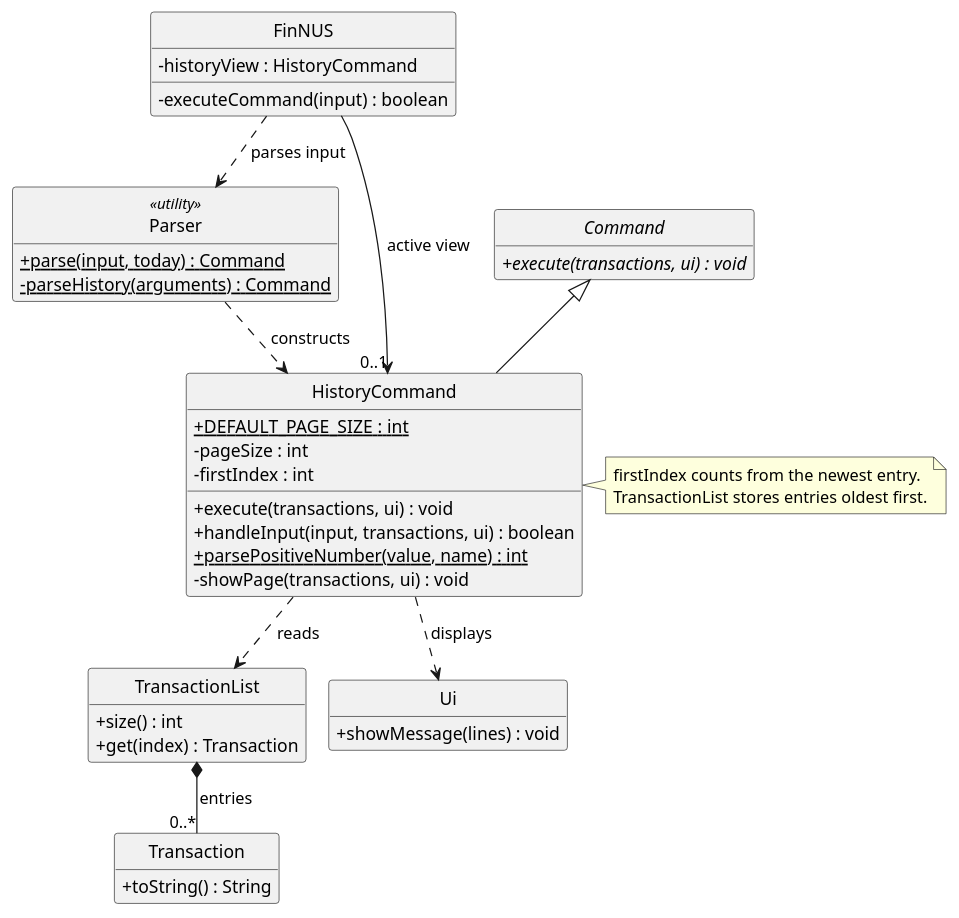
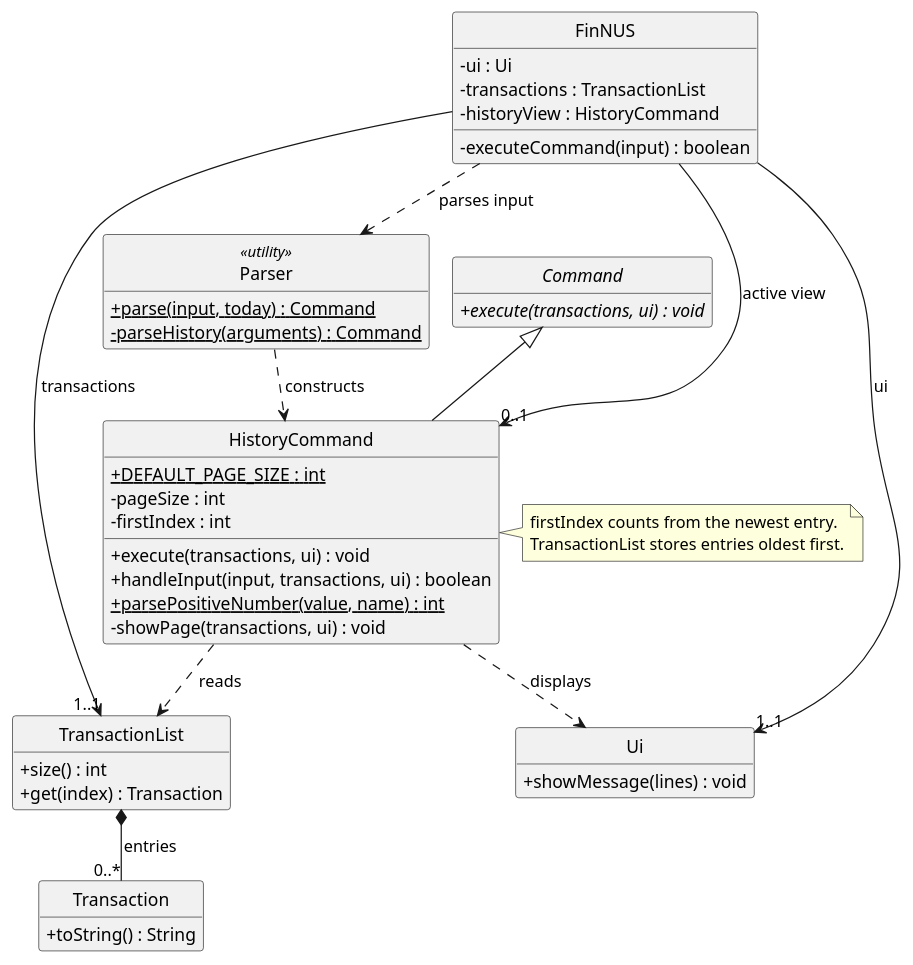
One commit to AY2627S1-CS2113-W13-2/tp changed the diagram in docs/diagrams/HistoryClassDiagram.puml. Above: the diagram before and after it, drawn with PlantUML. The commit also changed 2 other files, not shown here.

Commit message:
Show multiplicities in history class diagram
Label active FinNUS references and transaction entries, clarify that transient dependencies have no multiplicity, and regenerate the linked PNG.

```diff
--- a/docs/diagrams/HistoryClassDiagram.puml
+++ b/docs/diagrams/HistoryClassDiagram.puml
@@ -1,59 +1,64 @@
 @startuml HistoryClassDiagram
 ' @@author nkyjStar
 ' Only members relevant to paginated history are shown.
+' Multiplicities describe an active session after the transaction list has loaded.
 !pragma layout smetana
 hide circle
 hide empty members
 skinparam shadowing false
 skinparam classAttributeIconSize 0
 
 class FinNUS {
+    - ui : Ui
+    - transactions : TransactionList
     - historyView : HistoryCommand
     - executeCommand(input) : boolean
 }
 
 class Parser <<utility>> {
     + {static} parse(input, today) : Command
     - {static} parseHistory(arguments) : Command
 }
 
 abstract class Command {
     + {abstract} execute(transactions, ui) : void
 }
 
 class HistoryCommand {
     + {static} DEFAULT_PAGE_SIZE : int
     - pageSize : int
     - firstIndex : int
     + execute(transactions, ui) : void
     + handleInput(input, transactions, ui) : boolean
     + {static} parsePositiveNumber(value, name) : int
     - showPage(transactions, ui) : void
 }
 
 class TransactionList {
     + size() : int
     + get(index) : Transaction
 }
 
 class Transaction {
     + toString() : String
 }
 
 class Ui {
     + showMessage(lines) : void
 }
 
 Command <|-- HistoryCommand
+FinNUS --> "1..1" Ui : ui
+FinNUS --> "1..1" TransactionList : transactions
 FinNUS --> "0..1" HistoryCommand : active view
 FinNUS ..> Parser : parses input
 Parser ..> HistoryCommand : constructs
 HistoryCommand ..> TransactionList : reads
 HistoryCommand ..> Ui : displays
 TransactionList *-- "0..*" Transaction : entries
 
 note right of HistoryCommand
   firstIndex counts from the newest entry.
   TransactionList stores entries oldest first.
 end note
 @enduml
```
